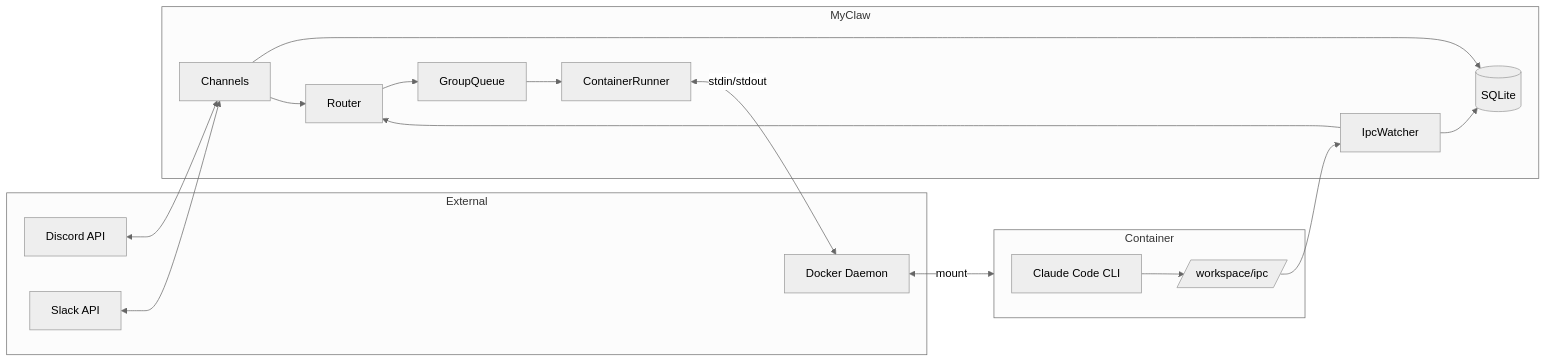
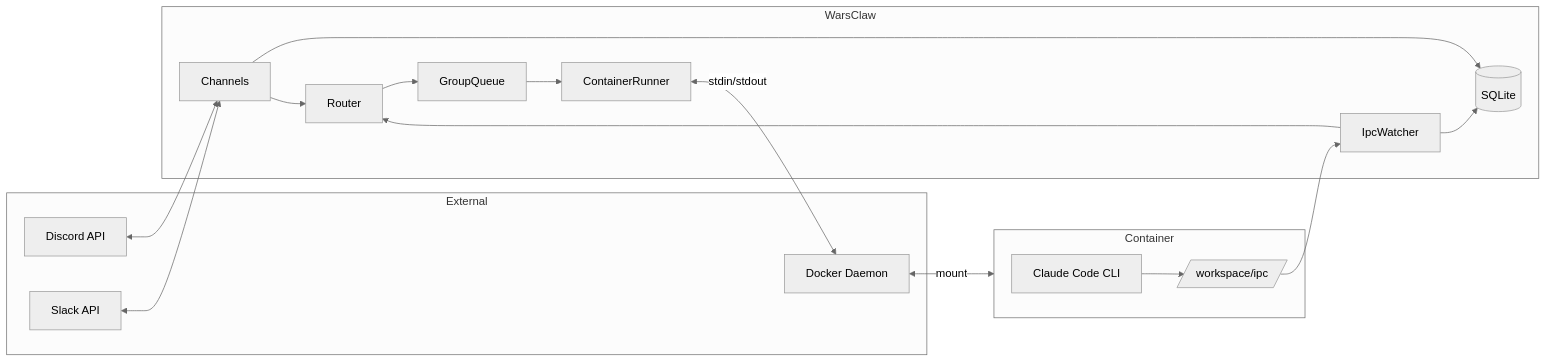
One commit to yoshidashingo/warsclaw changed the second of 2 diagrams in aidlc-docs/inception/application-design/component-dependency.md. Above: the diagram before and after it, drawn with Mermaid (neutral theme). The commit also changed 38 other files, not shown here.

Commit message:
refactor: rename project from MyClaw to WarsClaw

````diff
--- a/aidlc-docs/inception/application-design/component-dependency.md
+++ b/aidlc-docs/inception/application-design/component-dependency.md
@@ -109,34 +109,34 @@
 ```mermaid
 graph LR
     subgraph External
         DISC_API[Discord API]
         SLACK_API[Slack API]
         DOCKER[Docker Daemon]
     end
 
-    subgraph MyClaw
+    subgraph WarsClaw
         CH[Channels]
         RT[Router]
         GQ[GroupQueue]
         CR[ContainerRunner]
         IPC[IpcWatcher]
         DB[(SQLite)]
     end
 
     subgraph Container
         CLAUDE[Claude Code CLI]
         IPC_FS[/workspace/ipc/]
     end
 
     DISC_API <--> CH
     SLACK_API <--> CH
     CH --> DB
     CH --> RT --> GQ
     GQ --> CR
     CR <-->|stdin/stdout| DOCKER
     DOCKER <-->|mount| Container
     CLAUDE --> IPC_FS
     IPC_FS --> IPC
     IPC --> RT
     IPC --> DB
 ```
````
